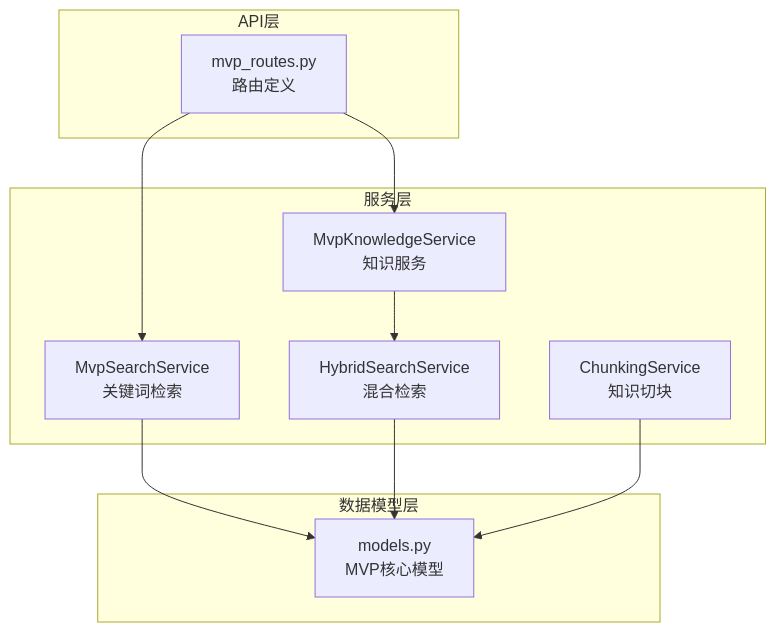
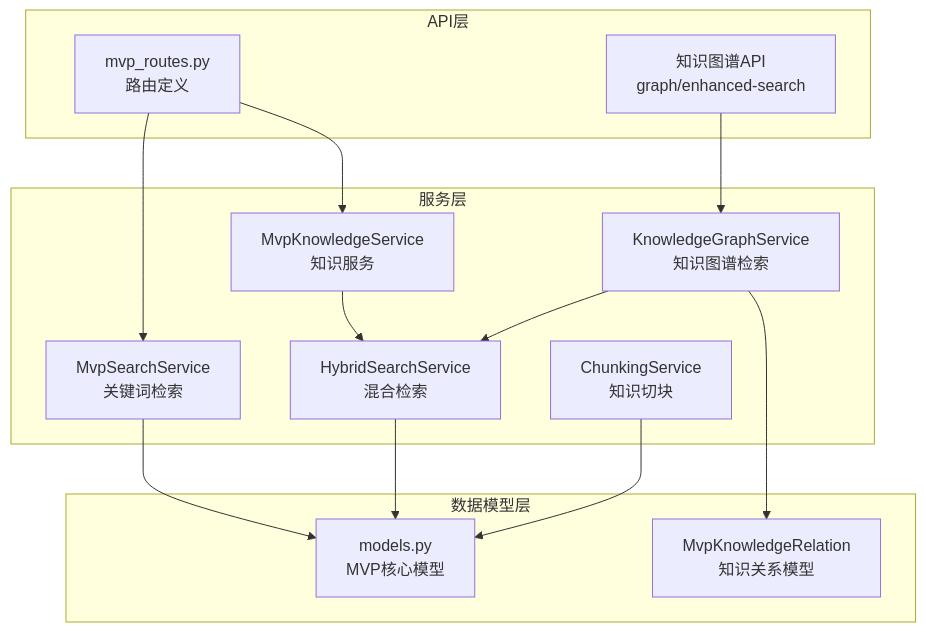
The first of 9 diagrams in .qoder/repowiki/zh/content/AI内容处理系统/MVP搜索检索系统.md (dream-ze/AI_huoke-), drawn with Mermaid before and after one commit. The commit also changed other lines of this file and 220 other files, not shown here.

````diff
--- a/.qoder/repowiki/zh/content/AI内容处理系统/MVP搜索检索系统.md
+++ b/.qoder/repowiki/zh/content/AI内容处理系统/MVP搜索检索系统.md
@@ -33,21 +44,27 @@
 ```mermaid
 graph TB
 subgraph "API层"
 Routes["mvp_routes.py<br/>路由定义"]
+GraphRoutes["知识图谱API<br/>graph/enhanced-search"]
 end
 subgraph "服务层"
 SearchSvc["MvpSearchService<br/>关键词检索"]
 HybridSvc["HybridSearchService<br/>混合检索"]
 ChunkSvc["ChunkingService<br/>知识切块"]
 KnowledgeSvc["MvpKnowledgeService<br/>知识服务"]
+GraphSvc["KnowledgeGraphService<br/>知识图谱检索"]
 end
 subgraph "数据模型层"
 Models["models.py<br/>MVP核心模型"]
+Relations["MvpKnowledgeRelation<br/>知识关系模型"]
 end
 Routes --> SearchSvc
 Routes --> KnowledgeSvc
+GraphRoutes --> GraphSvc
 SearchSvc --> Models
 HybridSvc --> Models
 ChunkSvc --> Models
 KnowledgeSvc --> HybridSvc
+GraphSvc --> Relations
+GraphSvc --> HybridSvc
 ```
````
